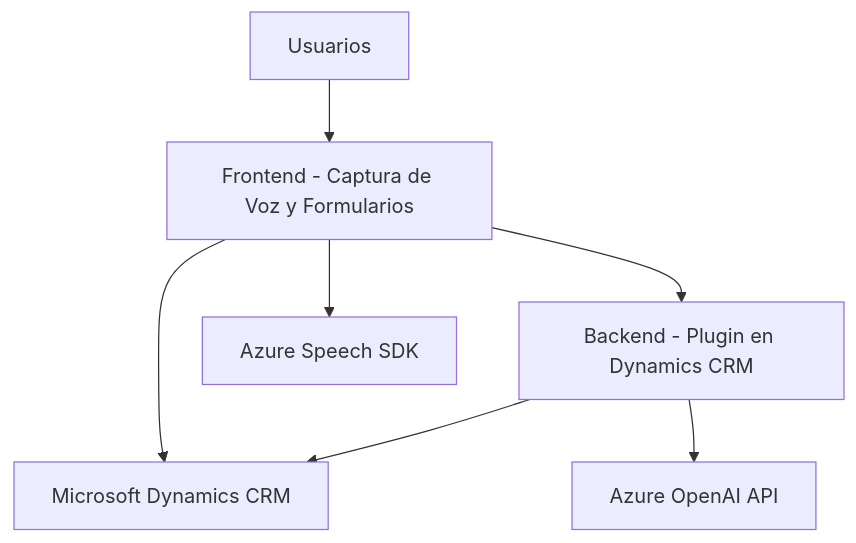
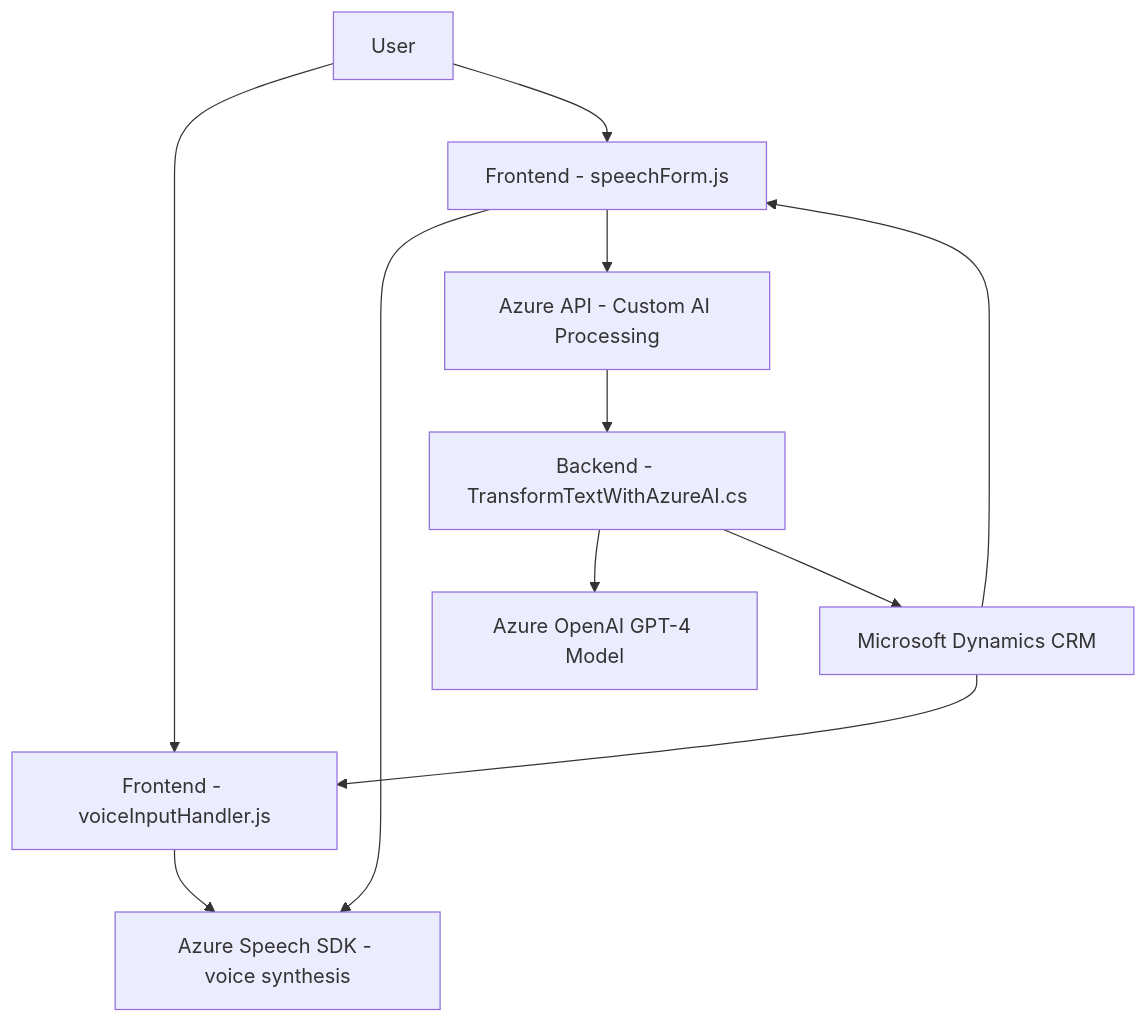
Before and after one commit to blopezdm/NETCORE_BILBAO2025: the diagram in README.md, drawn with Mermaid. The commit also changed other lines of this file, not shown here.

````diff
--- a/README.md
+++ b/README.md
@@ -42,16 +31,13 @@
 ```mermaid
 graph TD
-  A["Frontend - Captura de Voz y Formularios"]
-  B["Backend - Plugin en Dynamics CRM"]
-  C["Azure Speech SDK"]
-  D["Azure OpenAI API"]
-  E["Microsoft Dynamics CRM"]
-  F["Usuarios"]
-
-  F --> A
-  A --> C
-  A --> E
-  B --> D
-  B --> E
-  A --> B
+    A["User"] --> B["Frontend - voiceInputHandler.js"]
+    A --> D["Frontend - speechForm.js"]
+    B --> C["Azure Speech SDK - voice synthesis"]
+    D --> C
+    D --> E["Azure API - Custom AI Processing"]
+    E --> F["Backend - TransformTextWithAzureAI.cs"]
+    F --> G["Azure OpenAI GPT-4 Model"]
+    F --> H["Microsoft Dynamics CRM"]
+    H --> D
+    H --> B
 ```
````
